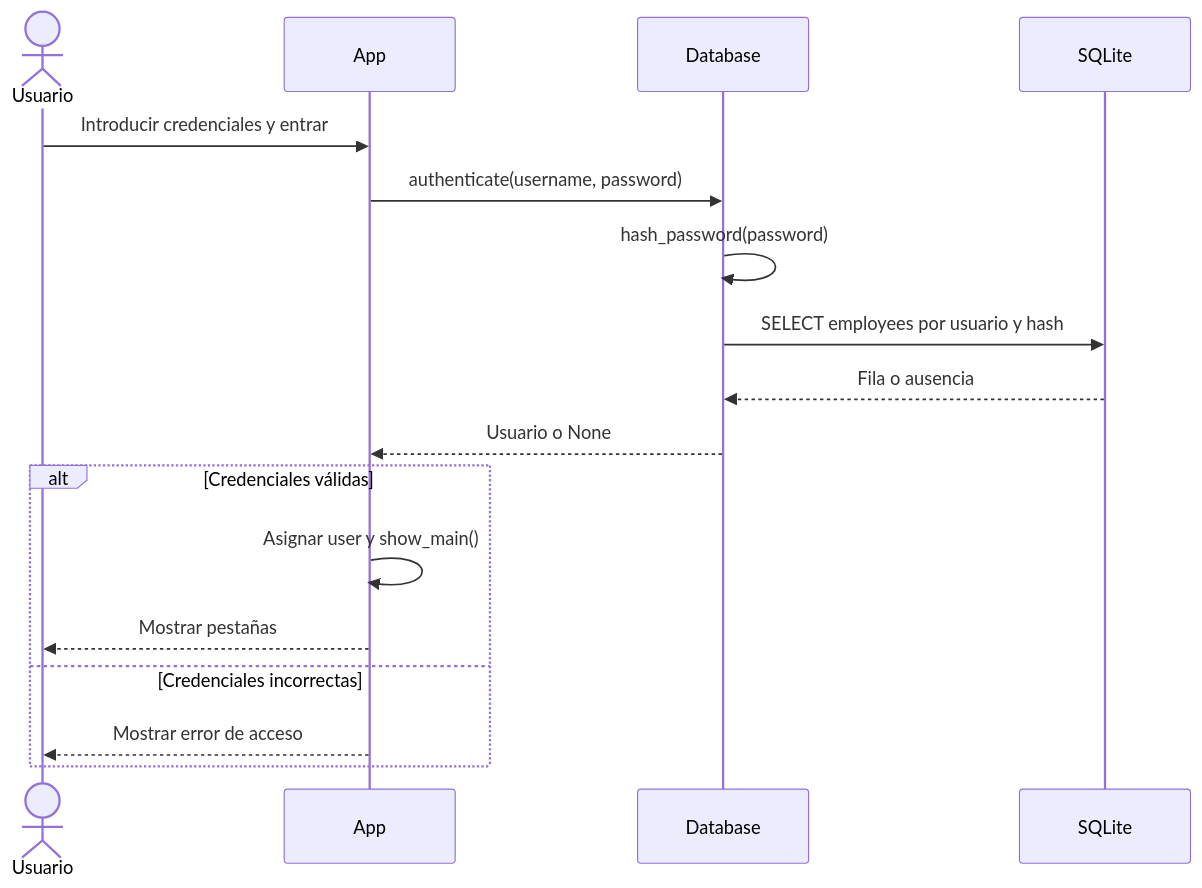
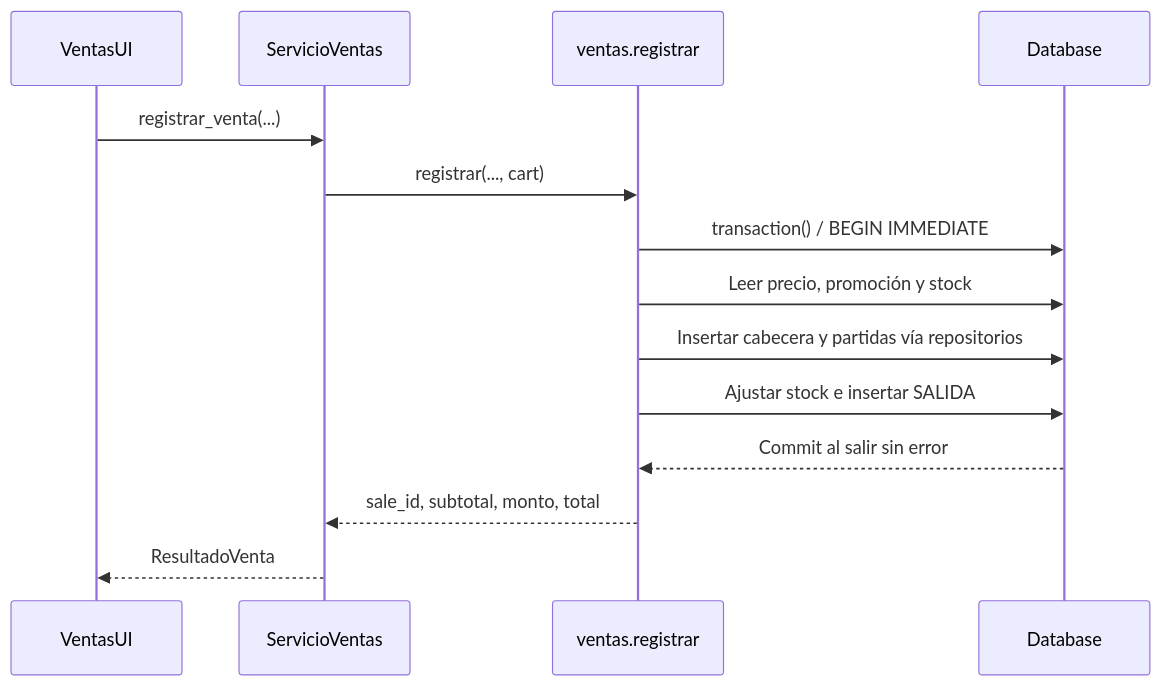
The third of 4 diagrams in docs/SDD.md (SQEquipo3/Trapitos), drawn with Mermaid before and after one commit. The commit also changed other lines of this file and 6 other files, not shown here.

````diff
--- a/docs/SDD.md
+++ b/docs/SDD.md
@@ -469,19 +209,16 @@
 ```mermaid
 sequenceDiagram
-    actor U as Usuario
-    participant A as App
-    participant D as Database
-    participant S as SQLite
-    U->>A: Introducir credenciales y entrar
-    A->>D: authenticate(username, password)
-    D->>D: hash_password(password)
-    D->>S: SELECT employees por usuario y hash
-    S-->>D: Fila o ausencia
-    D-->>A: Usuario o None
-    alt Credenciales válidas
-        A->>A: Asignar user y show_main()
-        A-->>U: Mostrar pestañas
-    else Credenciales incorrectas
-        A-->>U: Mostrar error de acceso
-    end
+participant UI as VentasUI
+participant C as ServicioVentas
+participant S as ventas.registrar
+participant D as Database
+UI->>C: registrar_venta(...)
+C->>S: registrar(..., cart)
+S->>D: transaction() / BEGIN IMMEDIATE
+S->>D: Leer precio, promoción y stock
+S->>D: Insertar cabecera y partidas vía repositorios
+S->>D: Ajustar stock e insertar SALIDA
+D-->>S: Commit al salir sin error
+S-->>C: sale_id, subtotal, monto, total
+C-->>UI: ResultadoVenta
 ```
````
